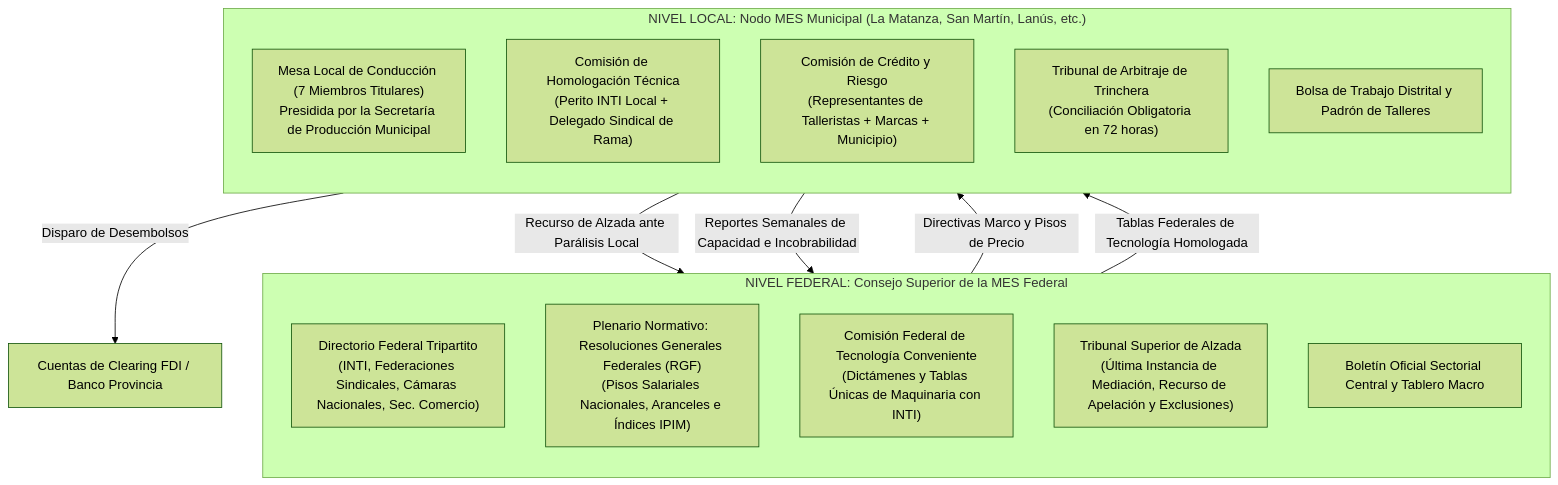
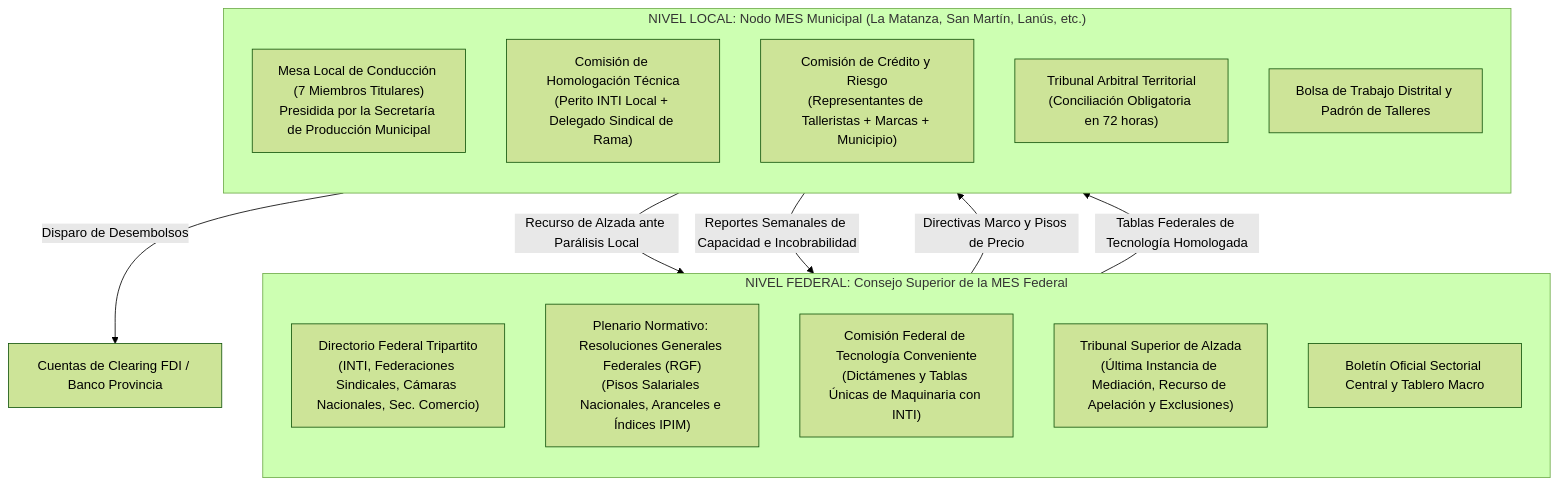
Before and after one commit to sarthouse/indinopy: the first of 6 diagrams in docs/arquitectura_mes_gobernanza.md, drawn with Mermaid (forest theme). The commit also changed other lines of this file and 12 other files, not shown here.

````diff
--- a/docs/arquitectura_mes_gobernanza.md
+++ b/docs/arquitectura_mes_gobernanza.md
@@ -23,26 +23,26 @@
 ```mermaid
 flowchart TD
     subgraph FED["NIVEL FEDERAL: Consejo Superior de la MES Federal"]
         direction TB
         CS_DIR["Directorio Federal Tripartito\n(INTI, Federaciones Sindicales, Cámaras Nacionales, Sec. Comercio)"]
         CS_NORM["Plenario Normativo: Resoluciones Generales Federales (RGF)\n(Pisos Salariales Nacionales, Aranceles e Índices IPIM)"]
         CS_TECH["Comisión Federal de Tecnología Conveniente\n(Dictámenes y Tablas Únicas de Maquinaria con INTI)"]
         CS_ALZ["Tribunal Superior de Alzada\n(Última Instancia de Mediación, Recurso de Apelación y Exclusiones)"]
         CS_BOL["Boletín Oficial Sectorial Central y Tablero Macro"]
     end
 
     subgraph LOC["NIVEL LOCAL: Nodo MES Municipal (La Matanza, San Martín, Lanús, etc.)"]
         direction TB
         LM_MESA["Mesa Local de Conducción (7 Miembros Titulares)\nPresidida por la Secretaría de Producción Municipal"]
         LM_TEC["Comisión de Homologación Técnica\n(Perito INTI Local + Delegado Sindical de Rama)"]
         LM_CRE["Comisión de Crédito y Riesgo\n(Representantes de Talleristas + Marcas + Municipio)"]
-        LM_ARB["Tribunal de Arbitraje de Trinchera\n(Conciliación Obligatoria en 72 horas)"]
+        LM_ARB["Tribunal Arbitral Territorial\n(Conciliación Obligatoria en 72 horas)"]
         LM_BOL["Bolsa de Trabajo Distrital y Padrón de Talleres"]
     end
 
     CS_NORM -->|Directivas Marco y Pisos de Precio| LM_MESA
     CS_TECH -->|Tablas Federales de Tecnología Homologada| LM_TEC
     LM_MESA -->|Recurso de Alzada ante Parálisis Local| CS_ALZ
     LM_MESA -->|Reportes Semanales de Capacidad e Incobrabilidad| CS_BOL
     LM_CRE -->|Disparo de Desembolsos| FDI_LOC["Cuentas de Clearing FDI / Banco Provincia"]
 ```
````
